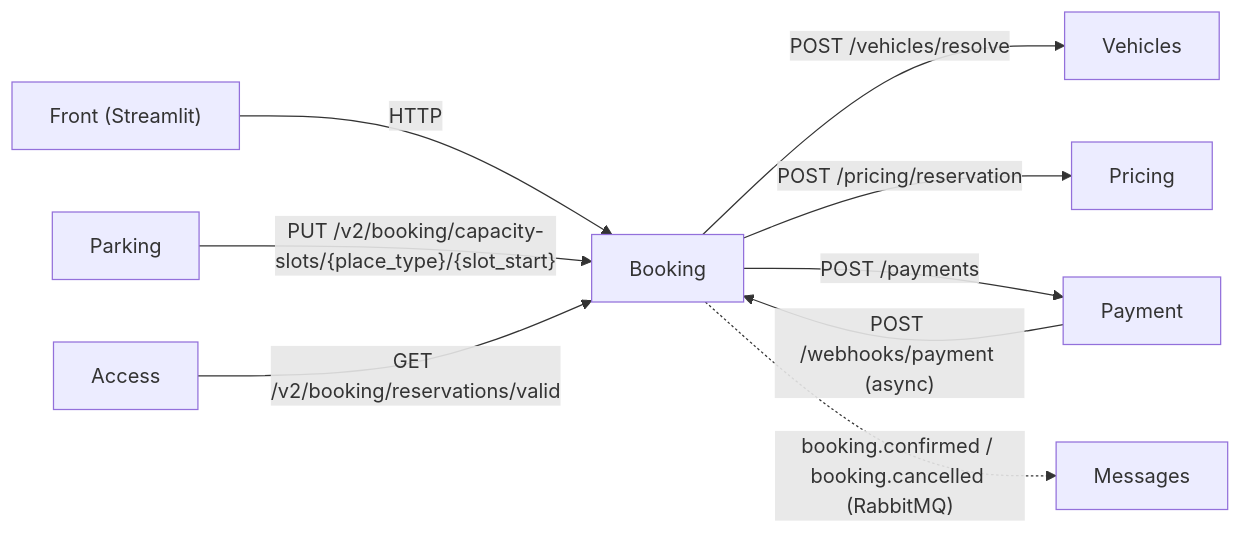
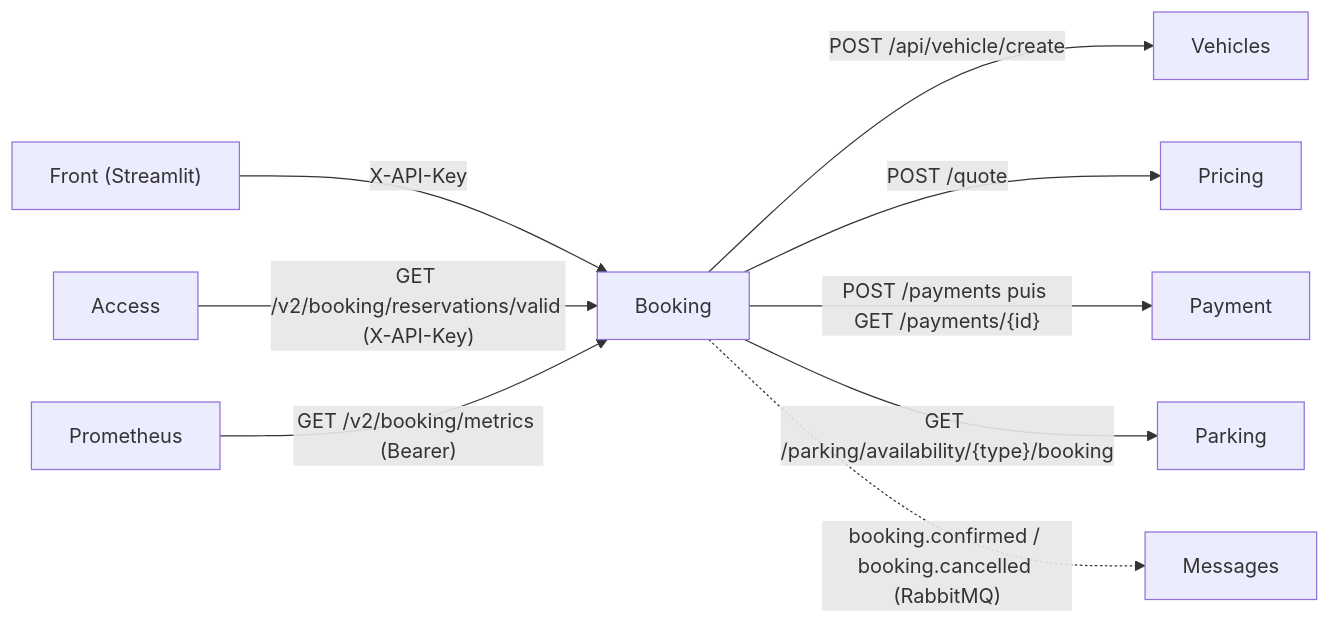
The first of 4 diagrams in docs/booking_architecture.md (Yanom-school-projects/M1-Projet-Architecture-Booking), drawn with Mermaid before and after one commit. The commit also changed other lines of this file and 2 other files, not shown here.

Commit message:
docs: architecture et scénario de test à jour pour la v2.6.0

````diff
--- a/docs/booking_architecture.md
+++ b/docs/booking_architecture.md
@@ -24,11 +22,11 @@
 ```mermaid
 flowchart LR
-    Front["Front (Streamlit)"] -->|HTTP| Booking
-    Parking -->|"PUT /v2/booking/capacity-slots/{place_type}/{slot_start}"| Booking
-    Access -->|"GET /v2/booking/reservations/valid"| Booking
-    Booking -->|"POST /vehicles/resolve"| Vehicles
-    Booking -->|"POST /pricing/reservation"| Pricing
-    Booking -->|"POST /payments"| Payment
-    Payment -->|"POST /webhooks/payment (async)"| Booking
+    Front["Front (Streamlit)"] -->|"X-API-Key"| Booking
+    Access -->|"GET /v2/booking/reservations/valid (X-API-Key)"| Booking
+    Prometheus -->|"GET /v2/booking/metrics (Bearer)"| Booking
+    Booking -->|"POST /api/vehicle/create"| Vehicles
+    Booking -->|"POST /quote"| Pricing
+    Booking -->|"POST /payments puis GET /payments/{id}"| Payment
+    Booking -->|"GET /parking/availability/{type}/booking"| Parking
     Booking -.->|"booking.confirmed / booking.cancelled (RabbitMQ)"| Messages
 ```
````
